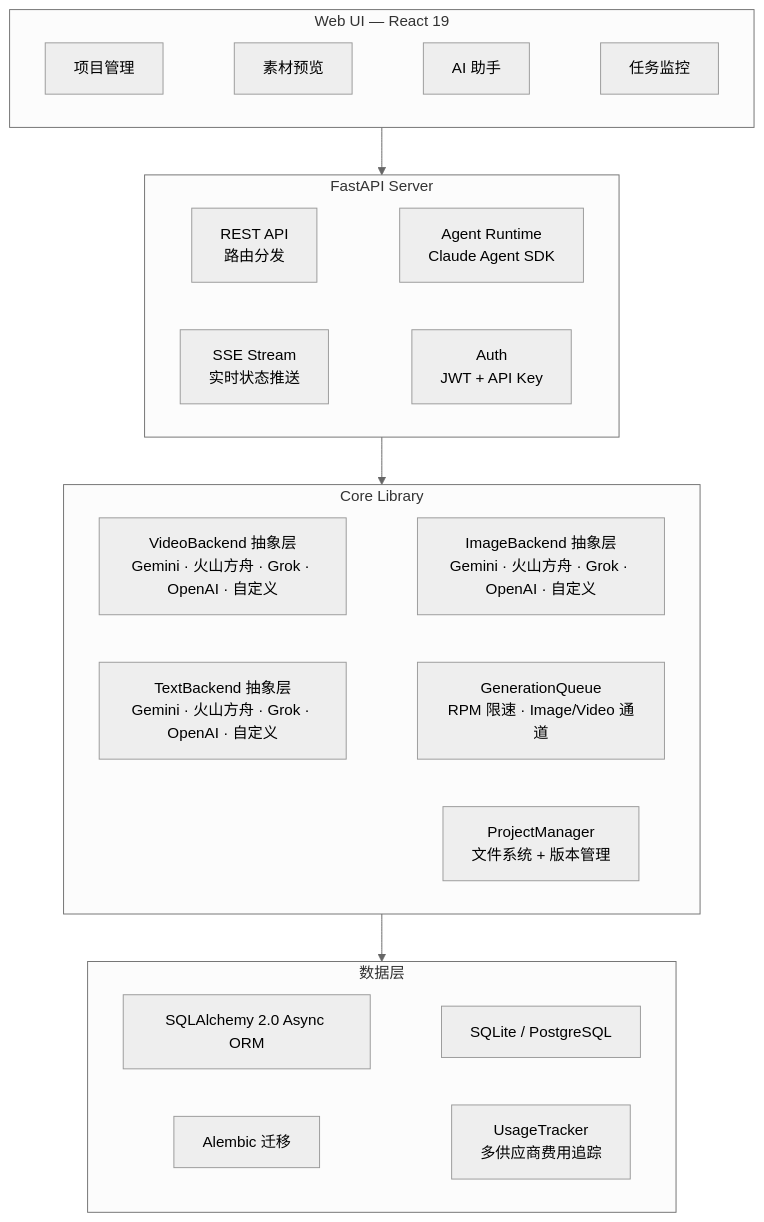
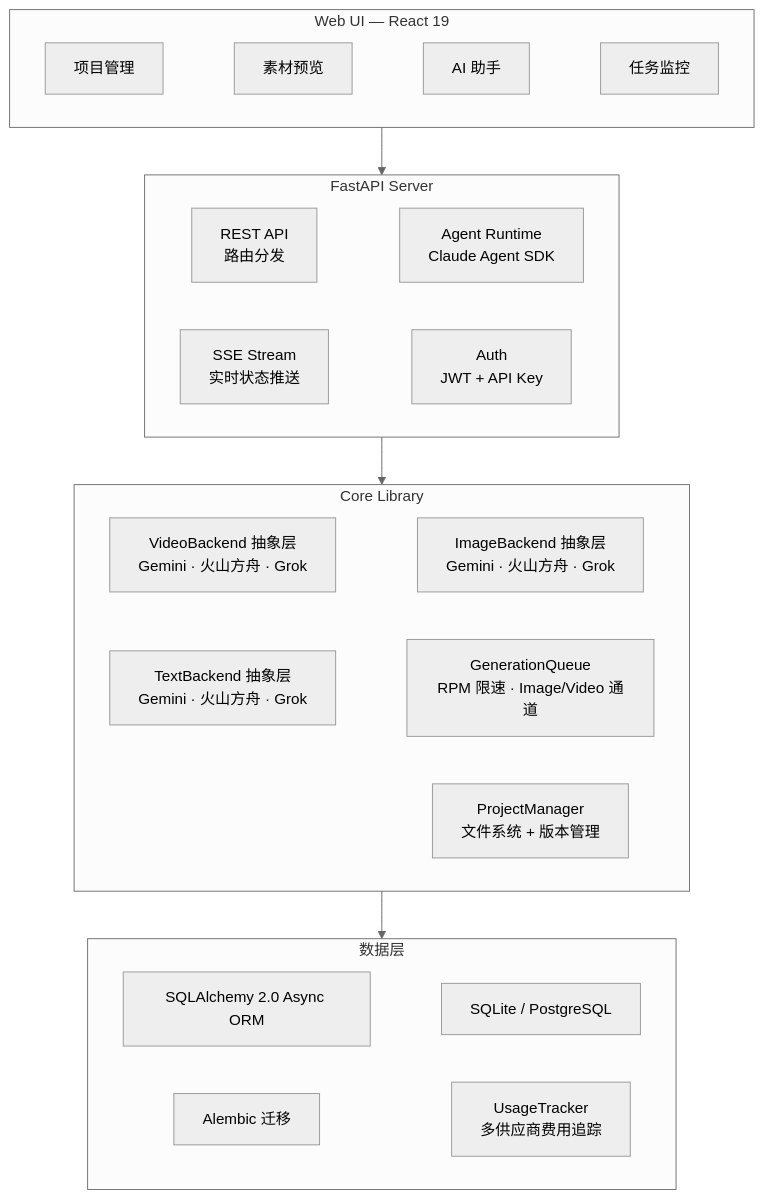
One commit to ArcReel/ArcReel changed the third of 3 diagrams in README.md. Above: the diagram before and after it, drawn with Mermaid (neutral theme). The commit also changed other lines of this file and 203 other files, not shown here.

````diff
--- a/README.md
+++ b/README.md
@@ -222,24 +226,24 @@
 ```mermaid
 flowchart TB
     subgraph UI["Web UI — React 19"]
         U1["项目管理"] ~~~ U2["素材预览"] ~~~ U3["AI 助手"] ~~~ U4["任务监控"]
     end
 
     subgraph Server["FastAPI Server"]
         S1["REST API<br/>路由分发"] ~~~ S2["Agent Runtime<br/>Claude Agent SDK"]
         S3["SSE Stream<br/>实时状态推送"] ~~~ S4["Auth<br/>JWT + API Key"]
     end
 
     subgraph Core["Core Library"]
-        C1["VideoBackend 抽象层<br/>Gemini · 火山方舟 · Grok · OpenAI · 自定义"] ~~~ C2["ImageBackend 抽象层<br/>Gemini · 火山方舟 · Grok · OpenAI · 自定义"]
-        C5["TextBackend 抽象层<br/>Gemini · 火山方舟 · Grok · OpenAI · 自定义"] ~~~ C3["GenerationQueue<br/>RPM 限速 · Image/Video 通道"]
+        C1["VideoBackend 抽象层<br/>Gemini · 火山方舟 · Grok"] ~~~ C2["ImageBackend 抽象层<br/>Gemini · 火山方舟 · Grok"]
+        C5["TextBackend 抽象层<br/>Gemini · 火山方舟 · Grok"] ~~~ C3["GenerationQueue<br/>RPM 限速 · Image/Video 通道"]
         C4["ProjectManager<br/>文件系统 + 版本管理"]
     end
 
     subgraph Data["数据层"]
         D1["SQLAlchemy 2.0 Async ORM"] ~~~ D2["SQLite / PostgreSQL"]
         D3["Alembic 迁移"] ~~~ D4["UsageTracker<br/>多供应商费用追踪"]
     end
 
     UI --> Server --> Core --> Data
 ```
````
